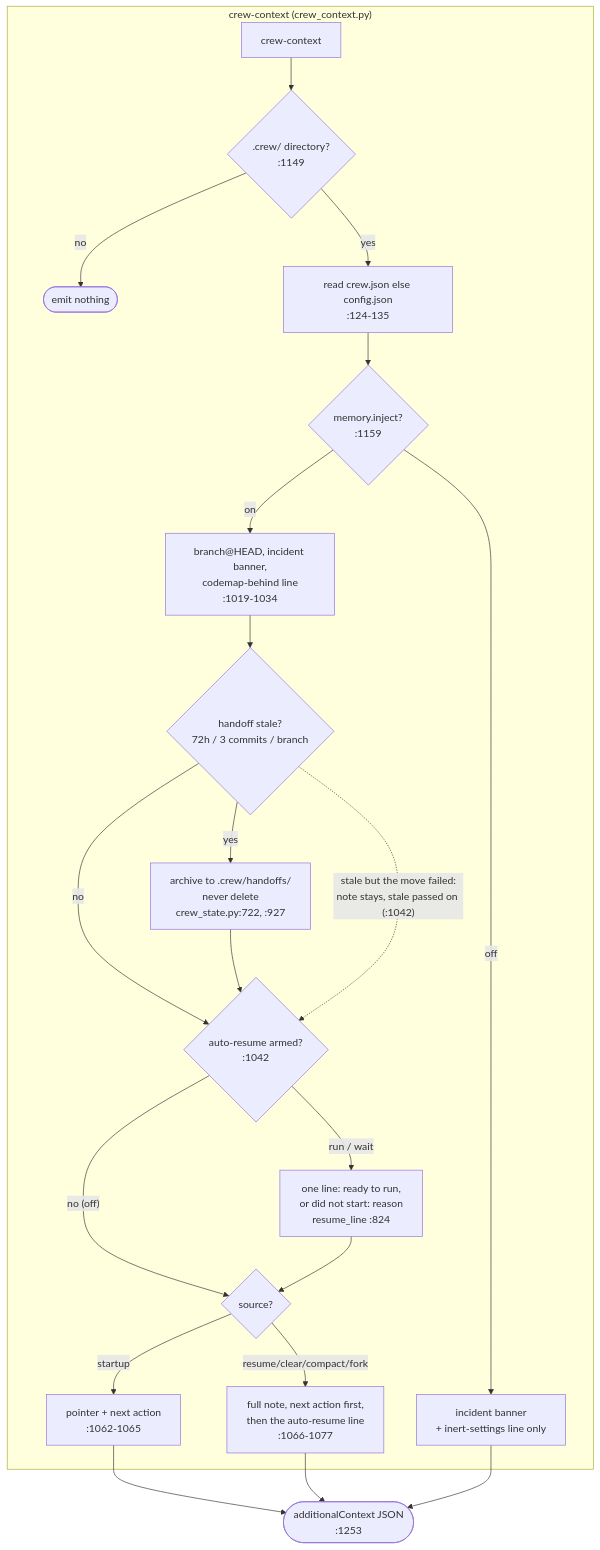
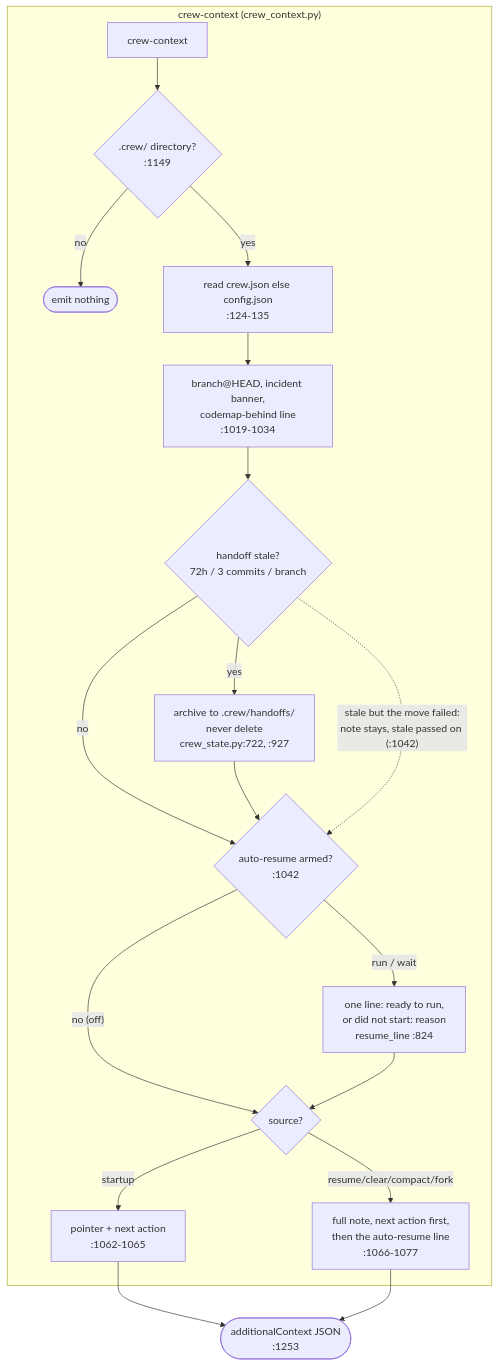
The diagram in docs/diagrams/process-crew-brief-crew-context.mmd (mbadali25/useful-claude-add-ons), drawn with Mermaid before and after one commit. The commit also changed 98 other files, not shown here.

Commit message:
L-0725: docs sweep, rebuilt guides and diagrams, test fixes, migrate.md within budget

```diff
--- a/docs/diagrams/process-crew-brief-crew-context.mmd
+++ b/docs/diagrams/process-crew-brief-crew-context.mmd
@@ -1,46 +1,45 @@
 %% Generated from useful-claude-add-ons@7944f06d7 on 2026-10-22, first drawn 2026-09-30 at 388ceff31 and re-anchored 2026-10-08 on L-0712 (L-0867 refresh: every crew_context.py and crew_state.py line below was re-taken at 7944f06d7 with grep -n; the citations in the earlier versions were already stale). Verify before trusting.
 %% Anchors: plugin/crew/hooks/scripts/crew-context.sh, plugin/crew/hooks/scripts/crew_context.py, plugin/crew/hooks/scripts/crew_resume.py, plugin/crew/hooks/scripts/crew_state.py
 %% Purpose: The crew-context SessionStart hook: how it reads the config, applies the stale-handoff rule and the auto-resume decision, and what it emits as additionalContext for each session source.
 %% Embed: none
 %% Part of process-crew-brief.mmd (the overview, which keeps the re-anchoring history).
 %% crew_context.py:1149 no .crew/ directory -> emits nothing; :124-135 reads
-%%   crew.json else config.json; :1159-1165 inject:false -> incident banner and inert-settings line only (SessionStart only);
+%%   crew.json else config.json; (L-0725: the memory.inject branch that sat here is gone, injection is always on);
 %%   :1019-1034 branch@HEAD, incident banner, codemap-behind line; :1035 stale
 %%   verdict + archive (_handoff_verdict :682); :1042-1043 auto-resume decision
 %%   (resume_decision :705, crew_resume.decide :726; `off` unless armed and source is
 %%   clear/compact); :1062-1065 startup -> pointer + next action; :1066-1077 other
 %%   sources -> full note, next action first, then the auto-resume line; :1078-1079 no
 %%   note but a resume line -> that line alone; :1253 JSON additionalContext (emit :1247, LF stdout, :1251-1252).
+%% Re-drawn for L-0725: memory.inject was removed (crew_state.MEMORY_INJECT is True and fixed), so the inject decision and the
+%%   banner-only branch are no longer drawn. The remaining :NNNN citations in this diagram predate that edit and were not re-measured.
 %% L-0727 slice 3 changed crew_context.py only above these lines (_resume_typing_cmd / start_resume_typing lost their
 %%   ps1 branch, :737-783): the typing sender is not a box here, so no node changed; the lines below :783 shifted by that edit's -7.
 %% Stale rule: crew_state.py:584 (72h / 3 commits), :791-870 (handoff_staleness, which also compares the noted branch), archived to
 %%   .crew/handoffs/ (:722, :927-929), never deleted; never raises (docstring :893-907, OSError arm :930-936).
 %% Note stale: crew_state.py:584, :791-870
 %% Note cc6: machine resume.auto true, no repo veto; source clear / manual compact; note
 %%    written by this session (T-0042); :1042, crew_resume.decide
 %% Note rs1: ready to run the re-rendered command; resume_line :824, never initialUserMessage
 flowchart TB
     CC[crew-context]
     subgraph crewContext["crew-context (crew_context.py)"]
         CC --> cc1{".crew/ directory?<br/>:1149"}
         cc1 -- no --> ccx([emit nothing])
         cc1 -- yes --> cc2["read crew.json else config.json<br/>:124-135"]
-        cc2 --> cc3{"memory.inject?<br/>:1159"}
-        cc3 -- off --> cc4[incident banner<br/>+ inert-settings line only]
-        cc3 -- on --> cc5["branch@HEAD, incident banner,<br/>codemap-behind line<br/>:1019-1034"]
+        cc2 --> cc5["branch@HEAD, incident banner,<br/>codemap-behind line<br/>:1019-1034"]
         cc5 --> stale{"handoff stale?<br/>72h / 3 commits / branch"}
         stale -- yes --> arch["archive to .crew/handoffs/<br/>never delete<br/>crew_state.py:722, :927"]
         stale -- no --> cc6
         arch --> cc6
         stale -. "stale but the move failed:<br/>note stays, stale passed on (:1042)" .-> cc6
         cc6{"auto-resume armed?<br/>:1042"}
         cc6 -- "no (off)" --> src{"source?"}
         cc6 -- "run / wait" --> rs1["one line: ready to run,<br/>or did not start: reason<br/>resume_line :824"]
         rs1 --> src
         src -- startup --> ptr["pointer + next action<br/>:1062-1065"]
         src -- "resume/clear/compact/fork" --> full["full note, next action first,<br/>then the auto-resume line<br/>:1066-1077"]
     end
 
     ptr --> out(["additionalContext JSON<br/>:1253"])
     full --> out
-    cc4 --> out
```
